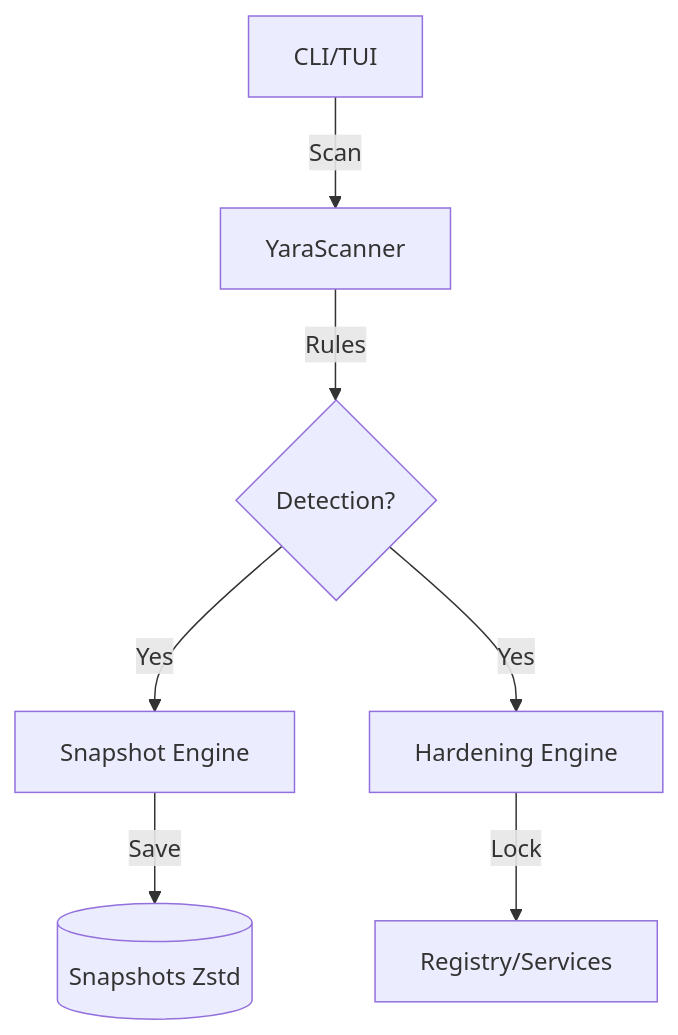
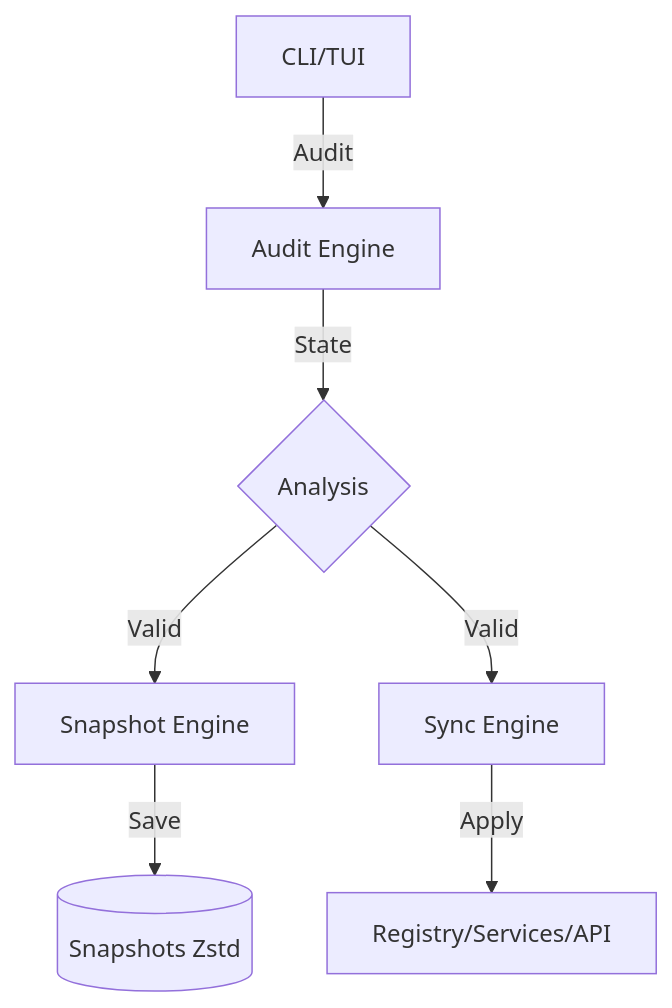
Before and after one commit to FeelTheFonk/pieuvre: the second of 2 diagrams in docs/ARCHITECTURE.md, drawn with Mermaid. The commit also changed other lines of this file and 10 other files, not shown here.

````diff
--- a/docs/ARCHITECTURE.md
+++ b/docs/ARCHITECTURE.md
@@ -45,9 +49,9 @@
 ```mermaid
 graph TD
-    A[CLI/TUI] -- Scan --> C[YaraScanner]
-    C -- Rules --> D{Detection?}
-    D -- Yes --> E[Snapshot Engine]
-    D -- Yes --> F[Hardening Engine]
-    E -- Save --> G[(Snapshots Zstd)]
-    F -- Lock --> H[Registry/Services]
+    A[CLI/TUI] -- Audit --> B[Audit Engine]
+    B -- State --> C{Analysis}
+    C -- Valid --> D[Snapshot Engine]
+    D -- Save --> E[(Snapshots Zstd)]
+    C -- Valid --> F[Sync Engine]
+    F -- Apply --> G[Registry/Services/API]
 ```
````
